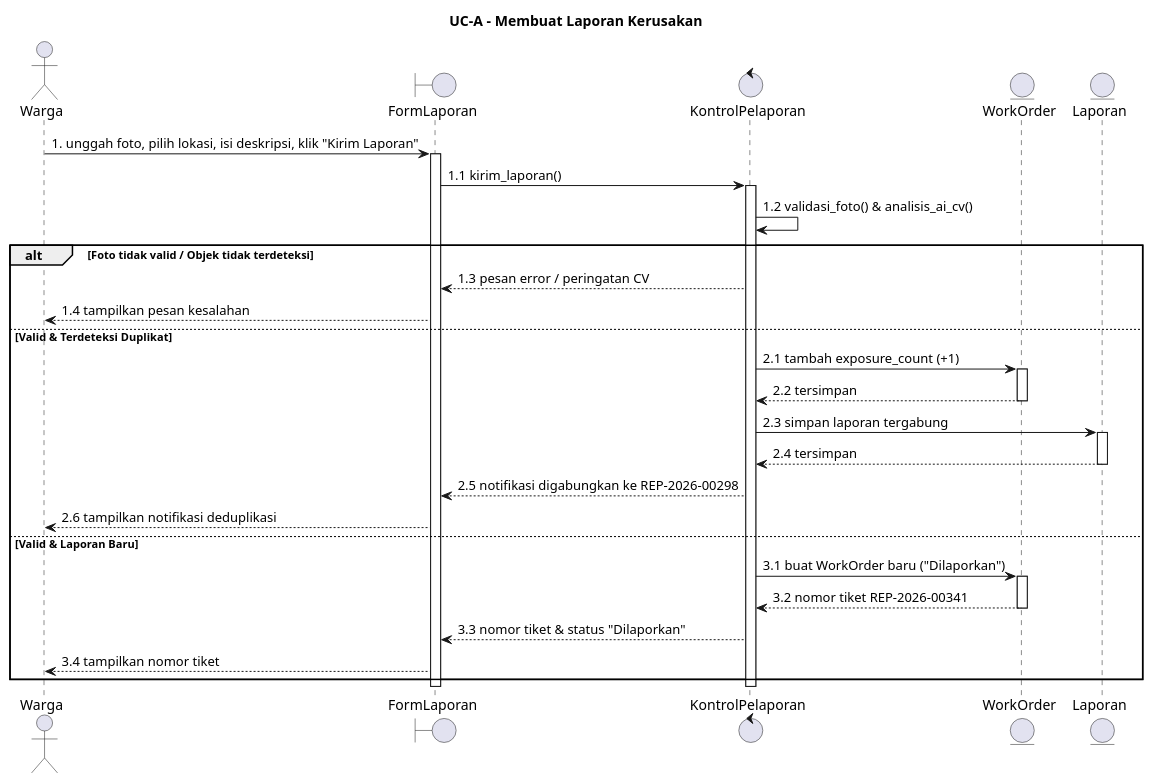
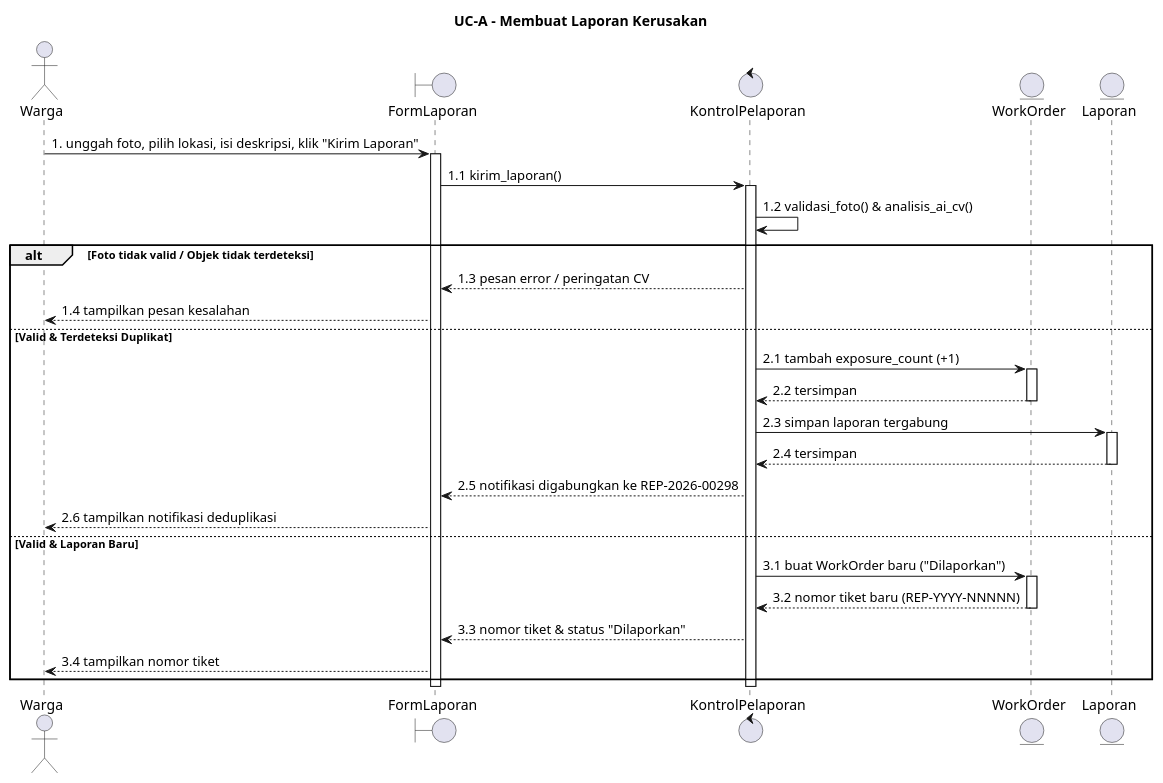
Before and after one commit to AgilePemdigi-2026/SCMS-AI-PPL-PRAK: the diagram in docs/sequence_diagrams/uc_a_buat_laporan.puml, drawn with PlantUML. The commit also changed 32 other files, not shown here.

```diff
--- a/docs/sequence_diagrams/uc_a_buat_laporan.puml
+++ b/docs/sequence_diagrams/uc_a_buat_laporan.puml
@@ -1,41 +1,41 @@
 @startuml
 title UC-A - Membuat Laporan Kerusakan
 
 actor Warga
 boundary FormLaporan
 control KontrolPelaporan
 entity WorkOrder
 entity Laporan
 
 Warga -> FormLaporan : 1. unggah foto, pilih lokasi, isi deskripsi, klik "Kirim Laporan"
 activate FormLaporan
 FormLaporan -> KontrolPelaporan : 1.1 kirim_laporan()
 activate KontrolPelaporan
 KontrolPelaporan -> KontrolPelaporan : 1.2 validasi_foto() & analisis_ai_cv()
 
 alt Foto tidak valid / Objek tidak terdeteksi
     KontrolPelaporan --> FormLaporan : 1.3 pesan error / peringatan CV
     FormLaporan --> Warga : 1.4 tampilkan pesan kesalahan
 else Valid & Terdeteksi Duplikat
     KontrolPelaporan -> WorkOrder : 2.1 tambah exposure_count (+1)
     activate WorkOrder
     WorkOrder --> KontrolPelaporan : 2.2 tersimpan
     deactivate WorkOrder
     KontrolPelaporan -> Laporan : 2.3 simpan laporan tergabung
     activate Laporan
     Laporan --> KontrolPelaporan : 2.4 tersimpan
     deactivate Laporan
     KontrolPelaporan --> FormLaporan : 2.5 notifikasi digabungkan ke REP-2026-00298
     FormLaporan --> Warga : 2.6 tampilkan notifikasi deduplikasi
 else Valid & Laporan Baru
     KontrolPelaporan -> WorkOrder : 3.1 buat WorkOrder baru ("Dilaporkan")
     activate WorkOrder
-    WorkOrder --> KontrolPelaporan : 3.2 nomor tiket REP-2026-00341
+    WorkOrder --> KontrolPelaporan : 3.2 nomor tiket baru (REP-YYYY-NNNNN)
     deactivate WorkOrder
     KontrolPelaporan --> FormLaporan : 3.3 nomor tiket & status "Dilaporkan"
     FormLaporan --> Warga : 3.4 tampilkan nomor tiket
 end
 
 deactivate KontrolPelaporan
 deactivate FormLaporan
 @enduml
```
